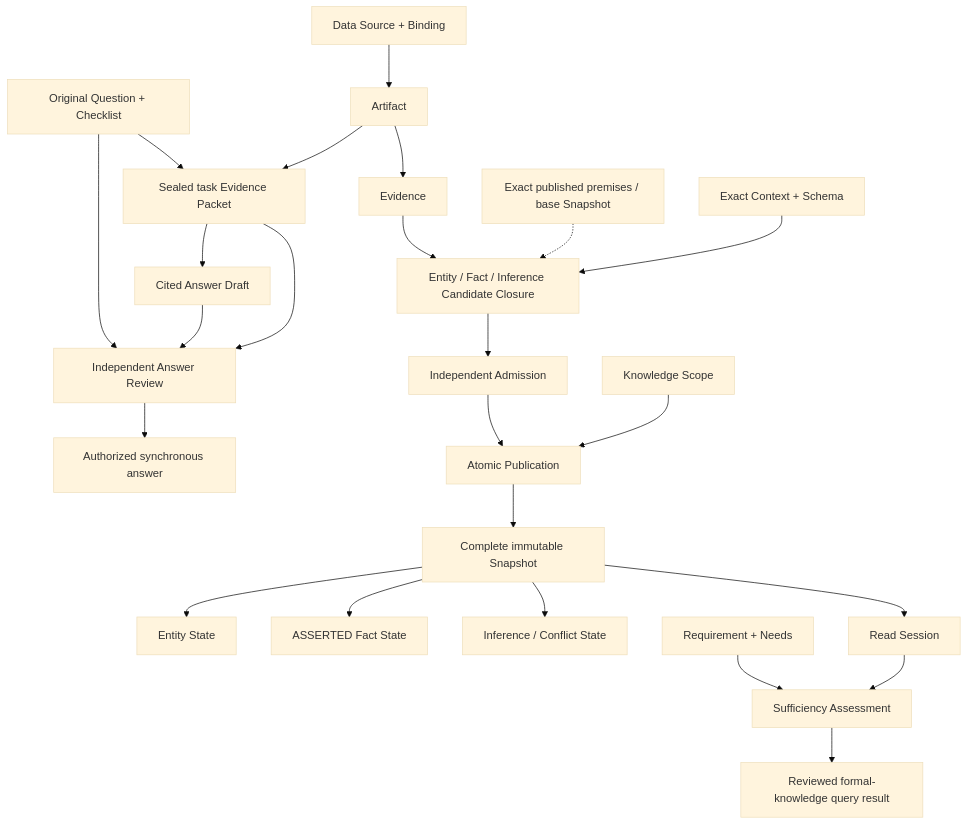
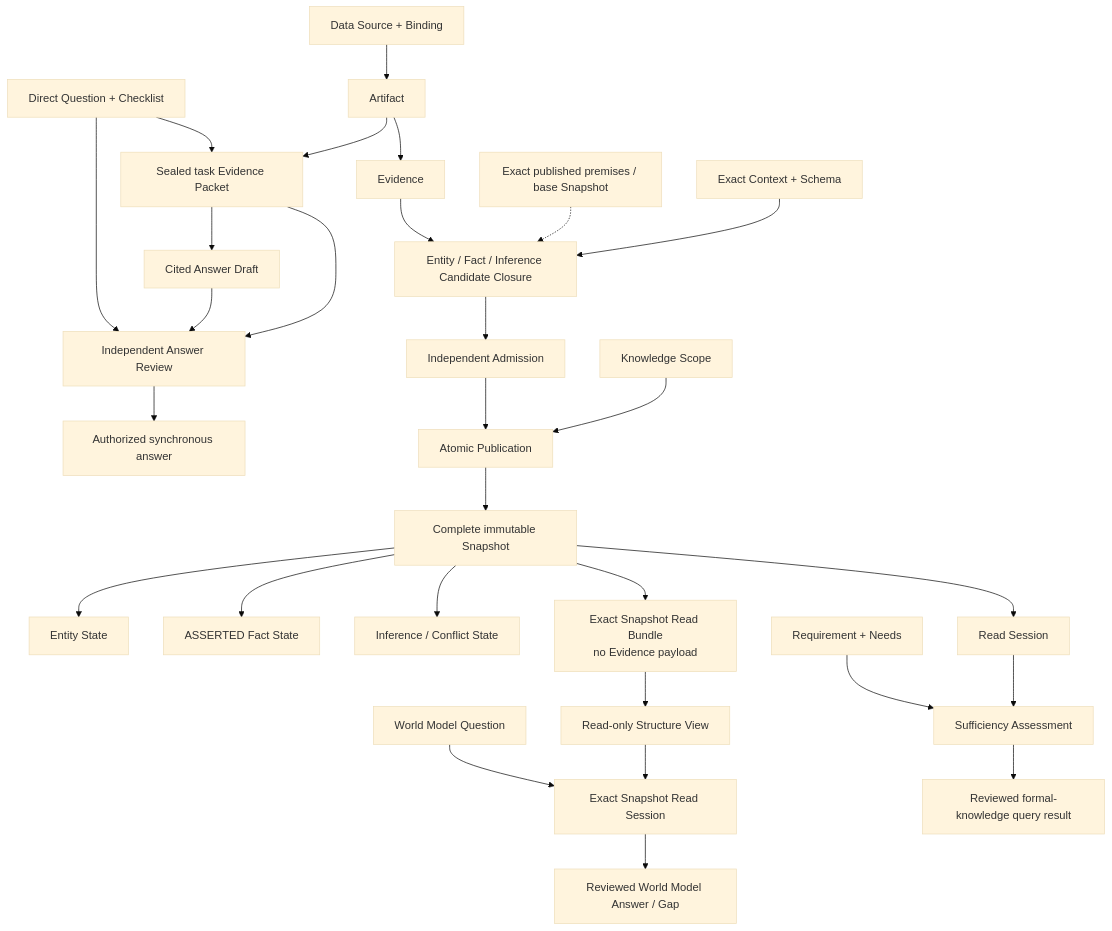
One commit to baitianxia/software-world-model changed the diagram in docs/system/architecture/domain-model.md. Above: the diagram before and after it, drawn with Mermaid (base theme). The commit also changed other lines of this file and 115 other files, not shown here.

Commit message:
docs: prepare structure world model iteration

````diff
--- a/docs/system/architecture/domain-model.md
+++ b/docs/system/architecture/domain-model.md
@@ -14,26 +14,31 @@
 ```mermaid
 flowchart TD
     DS["Data Source + Binding"] --> AR["Artifact"]
-    Q["Original Question + Checklist"] --> EP["Sealed task Evidence Packet"]
+    Q["Direct Question + Checklist"] --> EP["Sealed task Evidence Packet"]
     AR --> EP
     EP --> DA["Cited Answer Draft"]
     Q --> RV["Independent Answer Review"]
     DA --> RV
     EP --> RV
     RV --> AA["Authorized synchronous answer"]
     AR --> EV["Evidence"]
     EV --> CC["Entity / Fact / Inference Candidate Closure"]
     PS["Exact published premises / base Snapshot"] -.-> CC
     CX["Exact Context + Schema"] --> CC
     CC --> AD["Independent Admission"]
     AD --> PB["Atomic Publication"]
     KS["Knowledge Scope"] --> PB
     PB --> SN["Complete immutable Snapshot"]
     SN --> EN["Entity State"]
     SN --> FA["ASSERTED Fact State"]
     SN --> IN["Inference / Conflict State"]
+    SN --> RB["Exact Snapshot Read Bundle<br/>no Evidence payload"]
+    RB --> SV["Read-only Structure View"]
+    WQ["World Model Question"] --> WR["Exact Snapshot Read Session"]
+    SV --> WR
+    WR --> WA["Reviewed World Model Answer / Gap"]
     SN --> RS["Read Session"]
     RQ["Requirement + Needs"] --> AS["Sufficiency Assessment"]
     RS --> AS
     AS --> KA["Reviewed formal-knowledge query result"]
 ```
````
